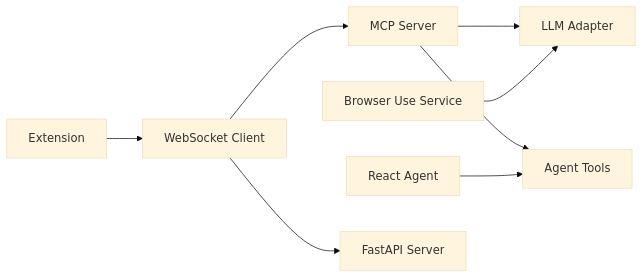
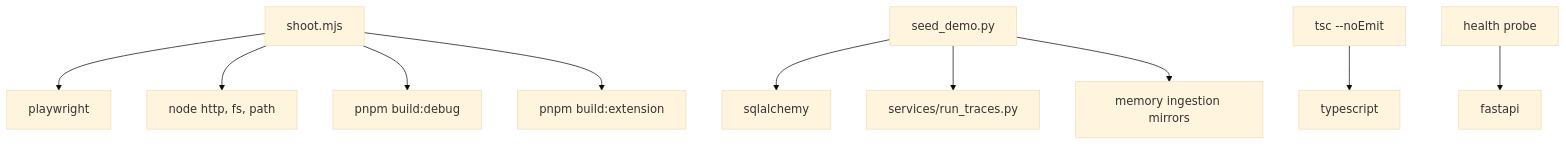
One commit to tashifkhan/tashif.codes changed the fifth of 5 diagrams in src/data/docs/agentic-browser/Testing Strategy.md. Above: the diagram before and after it, drawn with Mermaid (base theme). The commit also changed other lines of this file and 114 other files, not shown here.

````diff
--- a/src/data/docs/agentic-browser/Testing Strategy.md
+++ b/src/data/docs/agentic-browser/Testing Strategy.md
@@ -237,10 +158,12 @@
 ```mermaid
-graph LR
-MCP["MCP Server"] --> LLM["LLM Adapter"]
-MCP --> Tools["Agent Tools"]
-AG["React Agent"] --> Tools
-BRSVC["Browser Use Service"] --> LLM
-EXT["Extension"] --> WS["WebSocket Client"]
-WS --> MCP
-WS --> API["FastAPI Server"]
+graph TB
+  Screenshots["shoot.mjs"] --> Playwright["playwright"]
+  Screenshots --> Node["node http, fs, path"]
+  Screenshots --> Build["pnpm build:debug"]
+  Screenshots --> ExtBuild["pnpm build:extension"]
+  Seed["seed_demo.py"] --> SQLAlchemy["sqlalchemy"]
+  Seed --> Traces["services/run_traces.py"]
+  Seed --> Memory["memory ingestion mirrors"]
+  Typecheck["tsc --noEmit"] --> TS["typescript"]
+  Health["health probe"] --> FastAPI["fastapi"]
 ```
````
